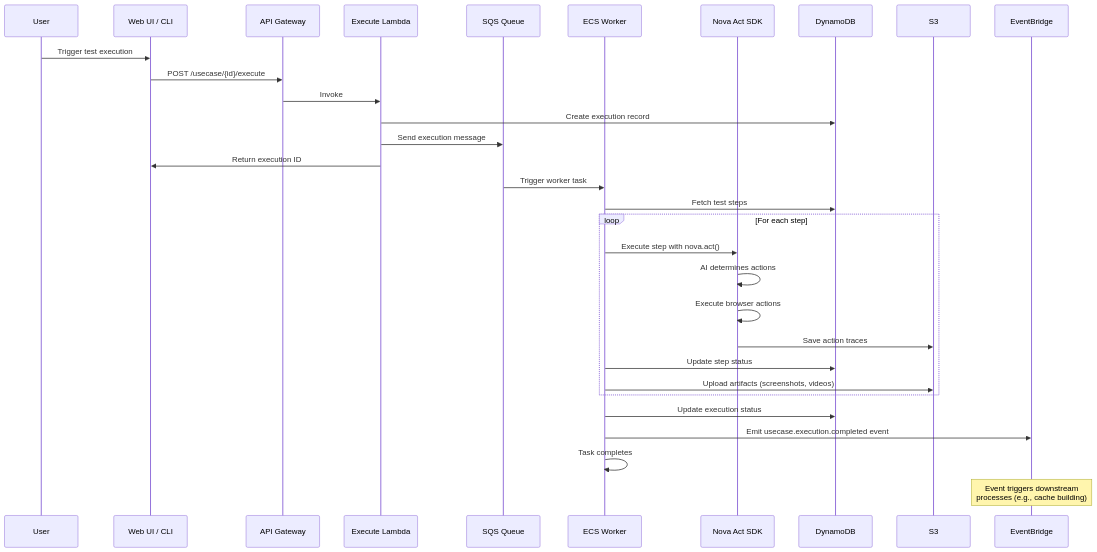
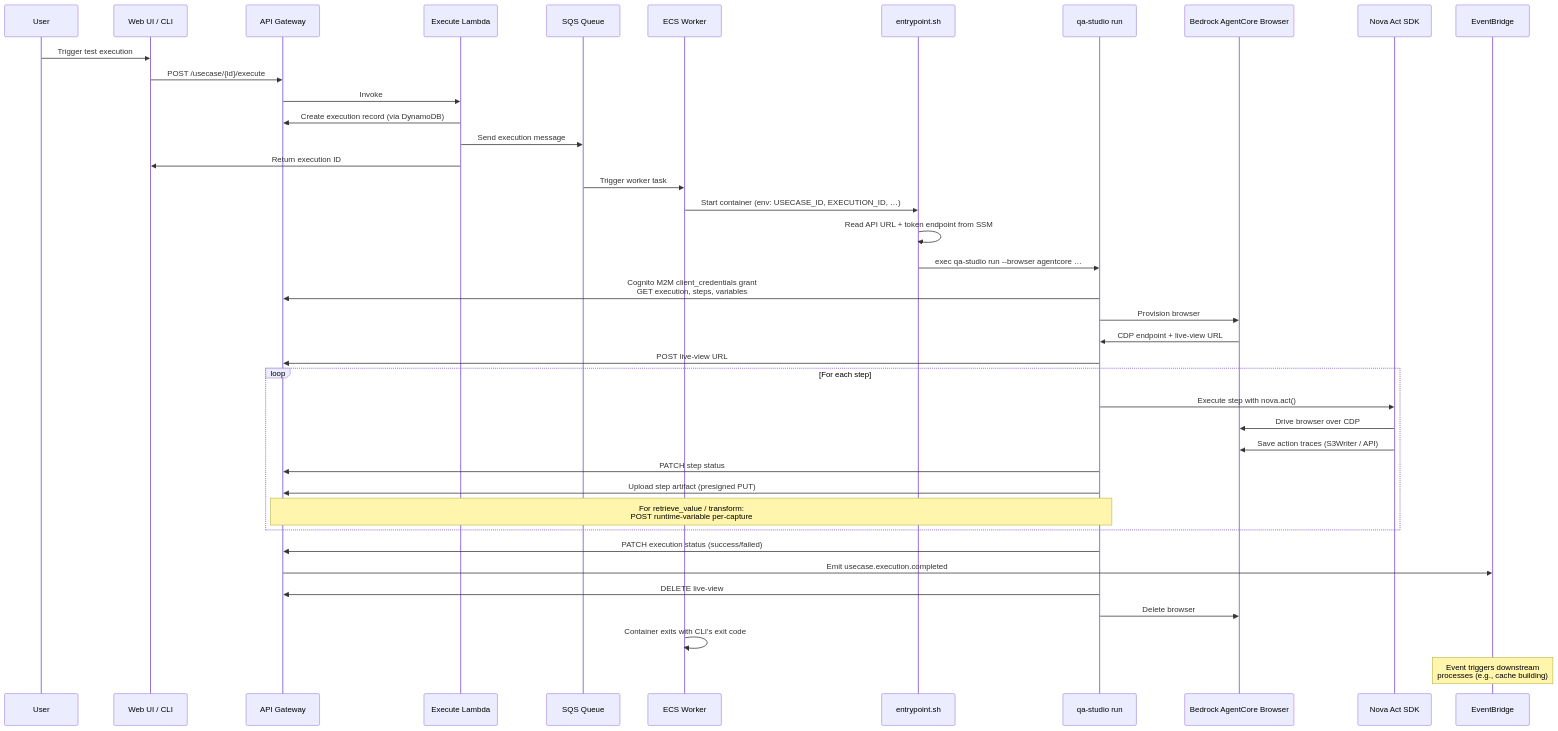
Before and after one commit to aws-samples/sample-qa-studio: the fourth of 5 diagrams in docs/architecture.md, drawn with Mermaid. The commit also changed other lines of this file and 80 other files, not shown here.

Commit message:
Refactor/cli unified runner

````diff
--- a/docs/architecture.md
+++ b/docs/architecture.md
@@ -155,38 +163,48 @@
 ```mermaid
 sequenceDiagram
     participant User
     participant WebUI as Web UI / CLI
     participant API as API Gateway
     participant Lambda as Execute Lambda
     participant SQS as SQS Queue
     participant ECS as ECS Worker
+    participant Entrypoint as entrypoint.sh
+    participant RunnerCLI as qa-studio run
+    participant AgentCore as Bedrock AgentCore Browser
     participant NovaAct as Nova Act SDK
-    participant DynamoDB
-    participant S3
     participant EventBridge as EventBridge
     
     User->>WebUI: Trigger test execution
     WebUI->>API: POST /usecase/{id}/execute
     API->>Lambda: Invoke
-    Lambda->>DynamoDB: Create execution record
+    Lambda->>API: Create execution record (via DynamoDB)
     Lambda->>SQS: Send execution message
     Lambda->>WebUI: Return execution ID
     
     SQS->>ECS: Trigger worker task
-    ECS->>DynamoDB: Fetch test steps
+    ECS->>Entrypoint: Start container (env: USECASE_ID, EXECUTION_ID, …)
+    Entrypoint->>Entrypoint: Read API URL + token endpoint from SSM
+    Entrypoint->>RunnerCLI: exec qa-studio run --browser agentcore …
+    
+    RunnerCLI->>API: Cognito M2M client_credentials grant<br/>GET execution, steps, variables
+    RunnerCLI->>AgentCore: Provision browser
+    AgentCore->>RunnerCLI: CDP endpoint + live-view URL
+    RunnerCLI->>API: POST live-view URL
     
     loop For each step
-        ECS->>NovaAct: Execute step with nova.act()
-        NovaAct->>NovaAct: AI determines actions
-        NovaAct->>NovaAct: Execute browser actions
-        NovaAct->>S3: Save action traces
-        ECS->>DynamoDB: Update step status
-        ECS->>S3: Upload artifacts (screenshots, videos)
+        RunnerCLI->>NovaAct: Execute step with nova.act()
+        NovaAct->>AgentCore: Drive browser over CDP
+        NovaAct->>AgentCore: Save action traces (S3Writer / API)
+        RunnerCLI->>API: PATCH step status
+        RunnerCLI->>API: Upload step artifact (presigned PUT)
+        Note over RunnerCLI,API: For retrieve_value / transform:<br/>POST runtime-variable per-capture
     end
     
-    ECS->>DynamoDB: Update execution status
-    ECS->>EventBridge: Emit usecase.execution.completed event
-    ECS->>ECS: Task completes
+    RunnerCLI->>API: PATCH execution status (success/failed)
+    API->>EventBridge: Emit usecase.execution.completed
+    RunnerCLI->>API: DELETE live-view
+    RunnerCLI->>AgentCore: Delete browser
+    ECS->>ECS: Container exits with CLI's exit code
     
     Note over EventBridge: Event triggers downstream<br/>processes (e.g., cache building)
 ```
````
